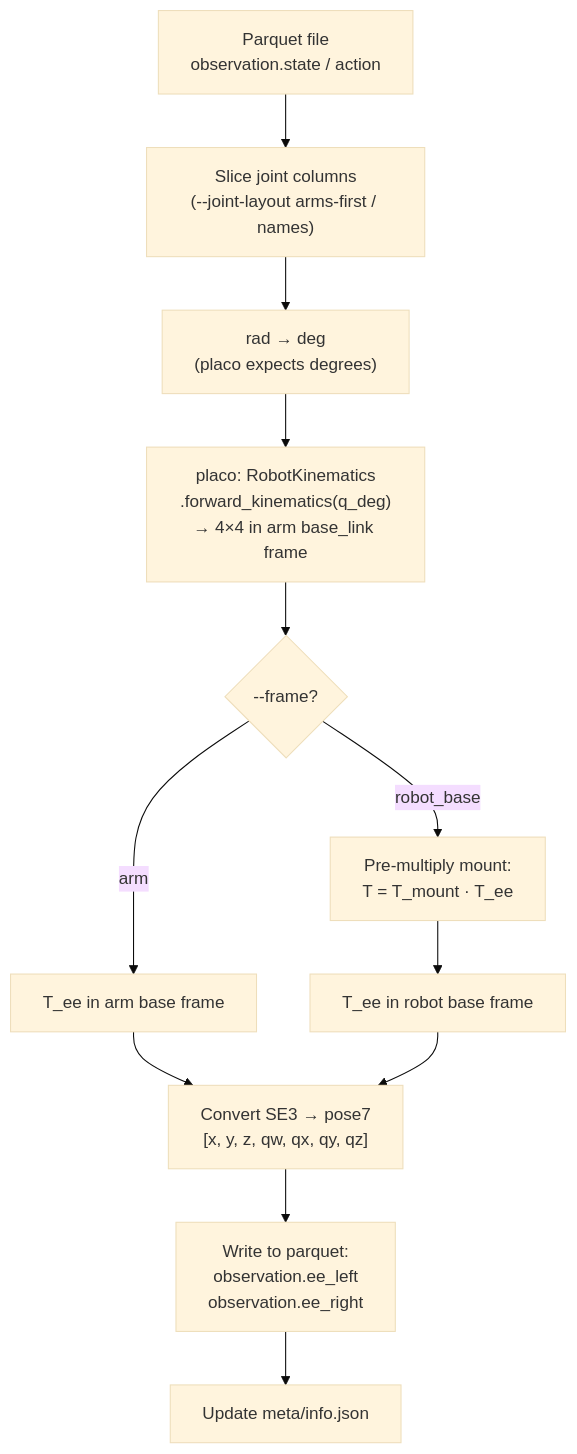
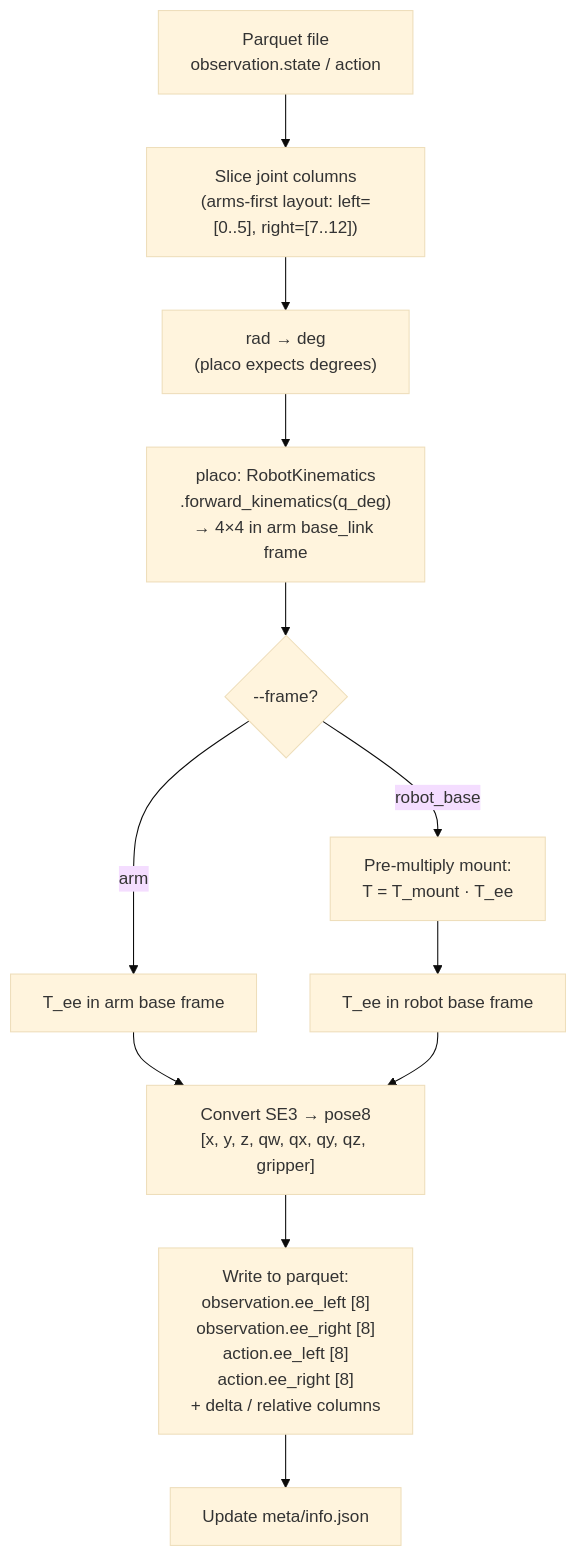
Before and after one commit to tiiuae/lerobot-edge: the fourth of 5 diagrams in tools/EE_CONVERSION.md, drawn with Mermaid (base theme). The commit also changed other lines of this file, not shown here.

````diff
--- a/tools/EE_CONVERSION.md
+++ b/tools/EE_CONVERSION.md
@@ -150,30 +169,33 @@
 ```mermaid
 flowchart TD
     PQ["Parquet file
 observation.state / action"]
     PQ --> SLICE["Slice joint columns
-(--joint-layout arms-first / names)"]
+(arms-first layout: left=[0..5], right=[7..12])"]
 
     SLICE --> RAD2DEG["rad → deg
 (placo expects degrees)"]
 
     RAD2DEG --> FK["placo: RobotKinematics
 .forward_kinematics(q_deg)
 → 4×4 in arm base_link frame"]
 
     FK --> FRAME{"--frame?"}
 
     FRAME -->|"arm"| POSE_ARM["T_ee  in arm base frame"]
     FRAME -->|"robot_base"| MOUNT["Pre-multiply mount:
 T = T_mount · T_ee"]
     MOUNT --> POSE_RB["T_ee  in robot base frame"]
 
-    POSE_ARM --> SE3["Convert SE3 → pose7
-[x, y, z, qw, qx, qy, qz]"]
+    POSE_ARM --> SE3["Convert SE3 → pose8
+[x, y, z, qw, qx, qy, qz, gripper]"]
     POSE_RB  --> SE3
 
     SE3 --> OUT["Write to parquet:
-observation.ee_left
-observation.ee_right"]
+observation.ee_left [8]
+observation.ee_right [8]
+action.ee_left [8]
+action.ee_right [8]
++ delta / relative columns"]
     OUT --> INFO["Update meta/info.json"]
 ```
````
